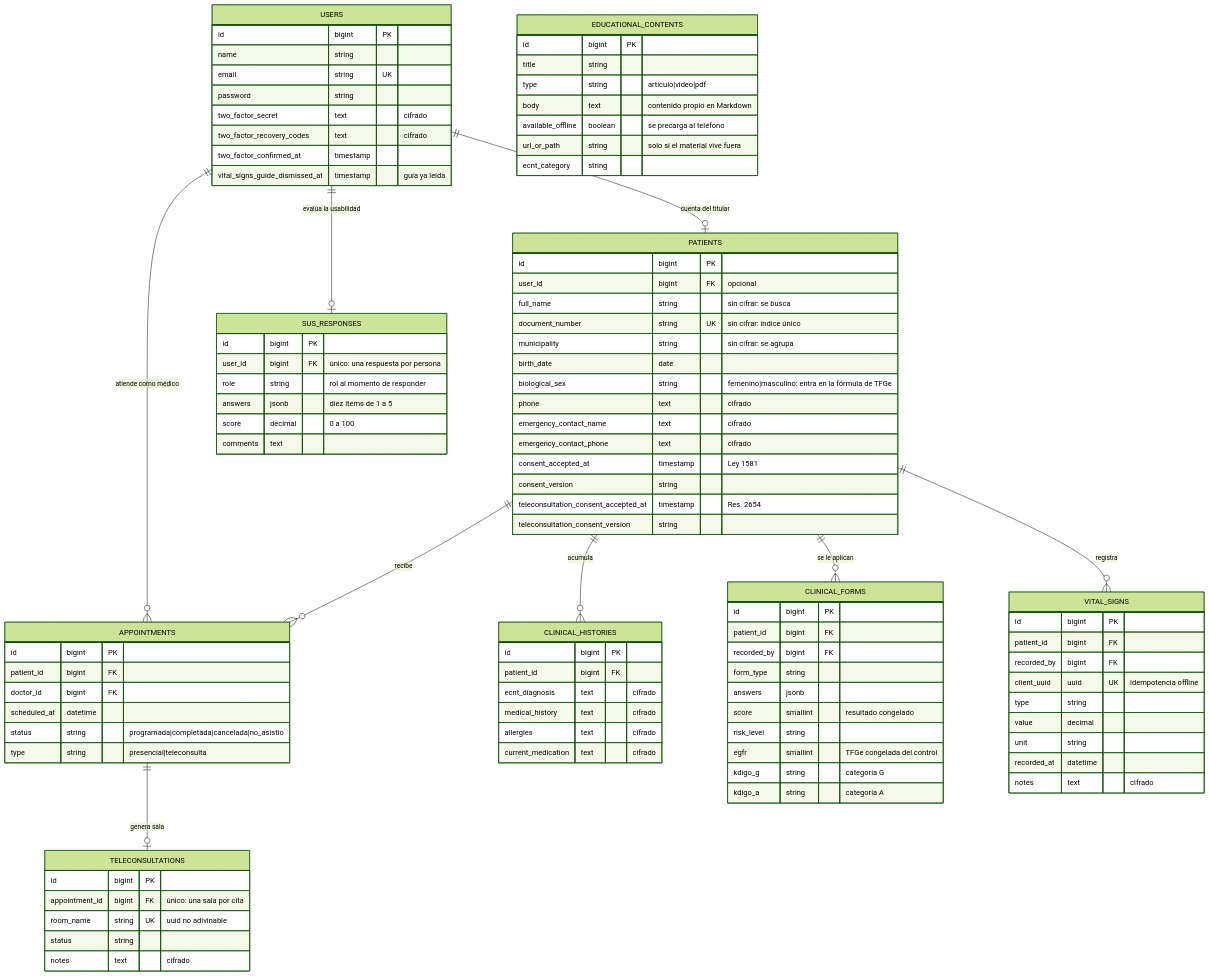
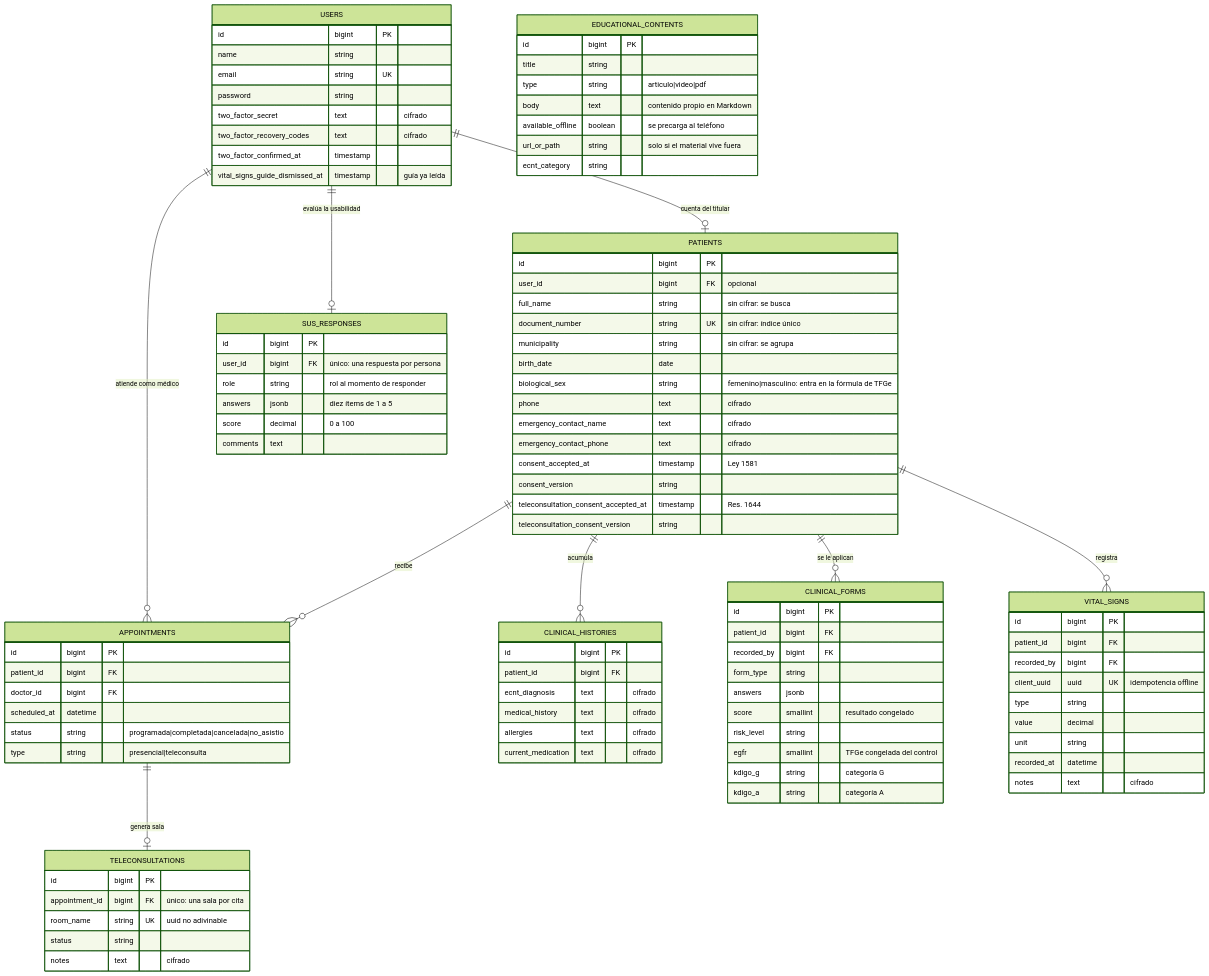
One commit to Bello2005/nefrChoco-project changed the third of 6 diagrams in docs/arquitectura.md. Above: the diagram before and after it, drawn with Mermaid (forest theme). The commit also changed other lines of this file and 21 other files, not shown here.

```diff
--- a/docs/arquitectura.md
+++ b/docs/arquitectura.md
@@ -113,7 +113,7 @@
         emergency_contact_phone text "cifrado"
         consent_accepted_at timestamp "Ley 1581"
         consent_version string
-        teleconsultation_consent_accepted_at timestamp "Res. 2654"
+        teleconsultation_consent_accepted_at timestamp "Res. 1644"
         teleconsultation_consent_version string
     }
 
```
